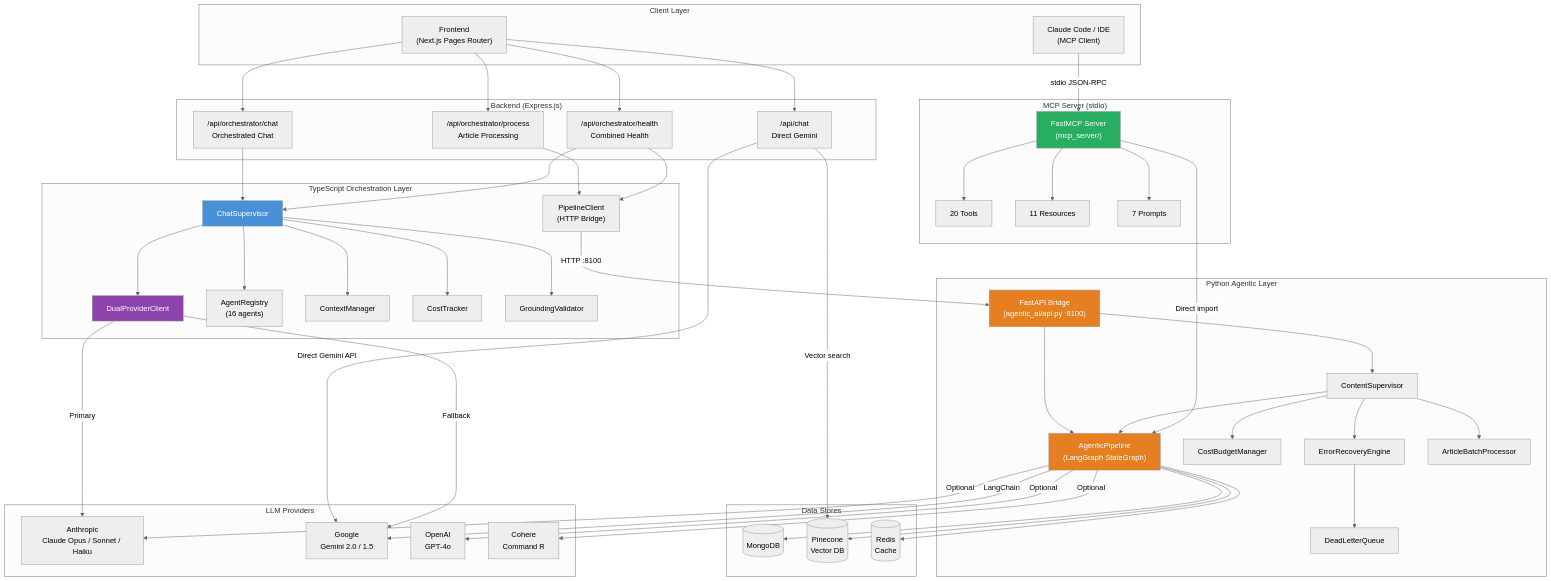
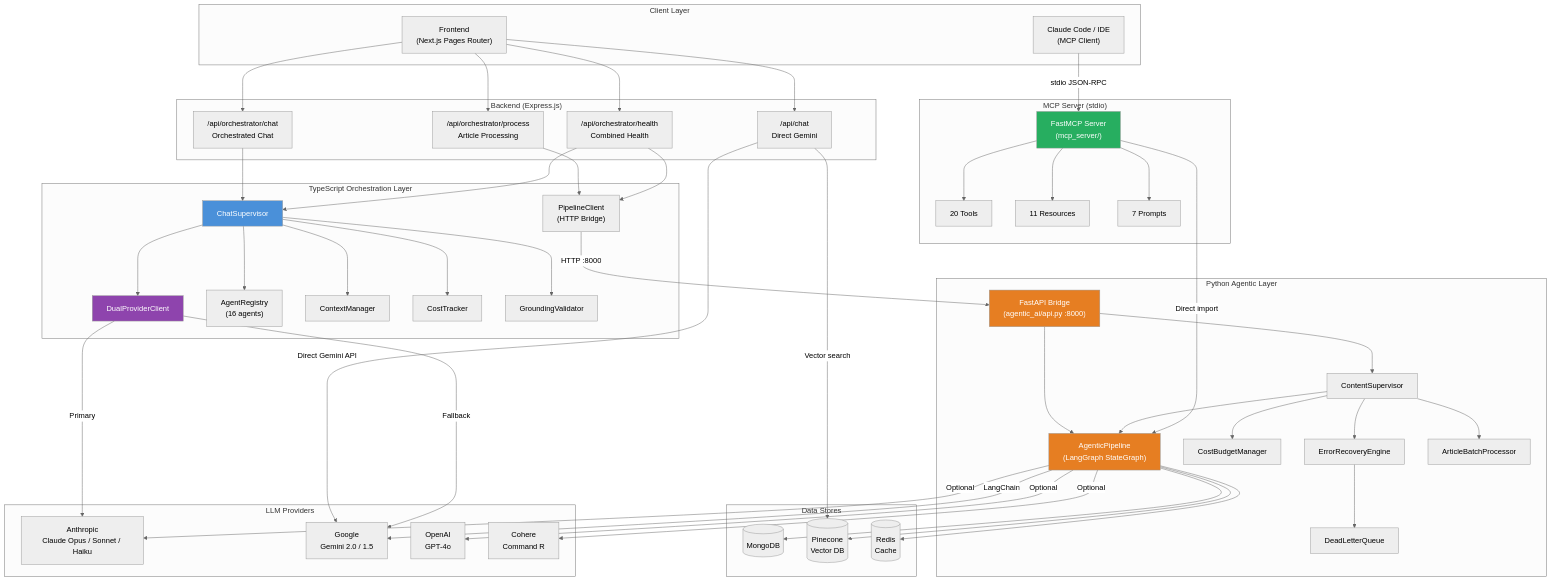
One commit to hoangsonww/AI-Gov-Content-Curator changed the first of 20 diagrams in AI_ML.md. Above: the diagram before and after it, drawn with Mermaid (neutral theme). The commit also changed other lines of this file and 55 other files, not shown here.

```diff
--- a/AI_ML.md
+++ b/AI_ML.md
@@ -71,7 +71,7 @@
     end
 
     subgraph "Python Agentic Layer"
-        API["FastAPI Bridge<br/>(agentic_ai/api.py :8100)"]
+        API["FastAPI Bridge<br/>(agentic_ai/api.py :8000)"]
         AP["AgenticPipeline<br/>(LangGraph StateGraph)"]
         COSUP["ContentSupervisor"]
         CBM["CostBudgetManager"]
@@ -121,7 +121,7 @@
     DPC -->|"Primary"| ANTH
     DPC -->|"Fallback"| GOOG
 
-    PC -->|"HTTP :8100"| API
+    PC -->|"HTTP :8000"| API
     API --> AP
     API --> COSUP
     COSUP --> AP
```
